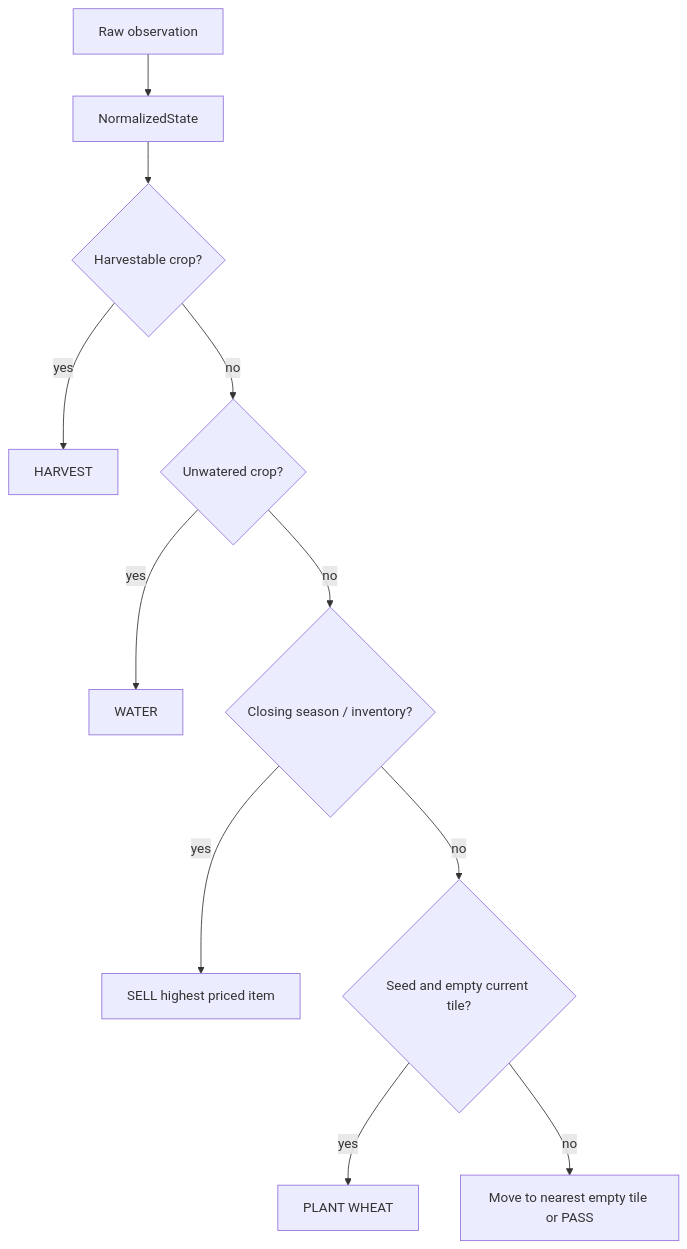
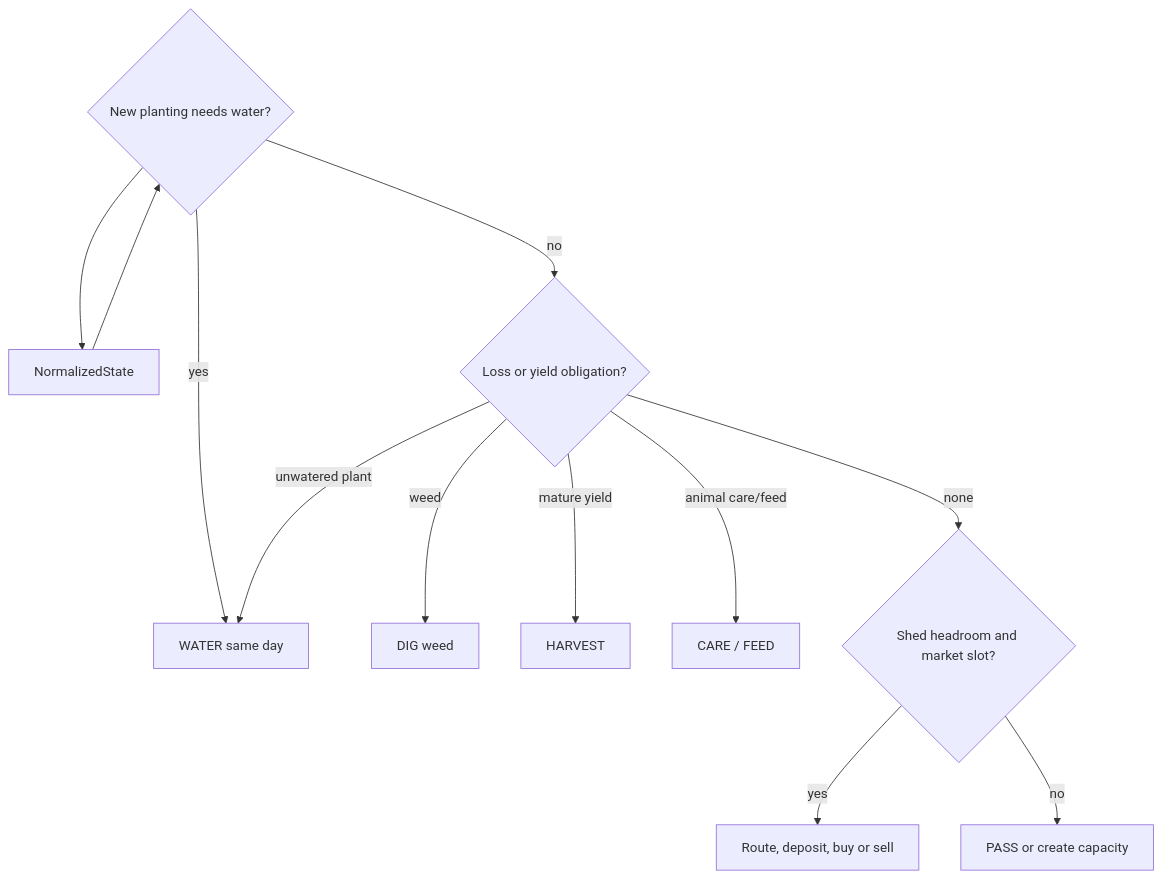
Before and after one commit to igmriegel/Kaggriculture_bot: the diagram in docs/engines/HEURISTIC_V1.md, drawn with Mermaid. The commit also changed other lines of this file and 3 other files, not shown here.

Commit message:
docs(roadmap): define evidence-gated engine stages

````diff
--- a/docs/engines/HEURISTIC_V1.md
+++ b/docs/engines/HEURISTIC_V1.md
@@ -8,13 +8,14 @@
 ```mermaid
 flowchart TD
     O[Raw observation] --> N[NormalizedState]
-    N --> H{Harvestable crop?}
-    H -- yes --> A[HARVEST]
-    H -- no --> W{Unwatered crop?}
-    W -- yes --> B[WATER]
-    W -- no --> C{Closing season / inventory?}
-    C -- yes --> D[SELL highest priced item]
-    C -- no --> P{Seed and empty current tile?}
-    P -- yes --> E[PLANT WHEAT]
-    P -- no --> M[Move to nearest empty tile or PASS]
+    N --> O{New planting needs water?}
+    O -- yes --> W[WATER same day]
+    O -- no --> L{Loss or yield obligation?}
+    L -- weed --> D[DIG weed]
+    L -- unwatered plant --> W
+    L -- mature yield --> H[HARVEST]
+    L -- animal care/feed --> C[CARE / FEED]
+    L -- none --> S{Shed headroom and market slot?}
+    S -- yes --> G[Route, deposit, buy or sell]
+    S -- no --> P[PASS or create capacity]
 ```
````
